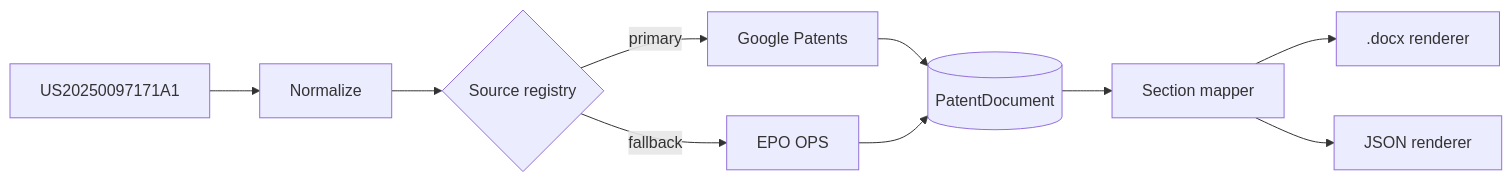
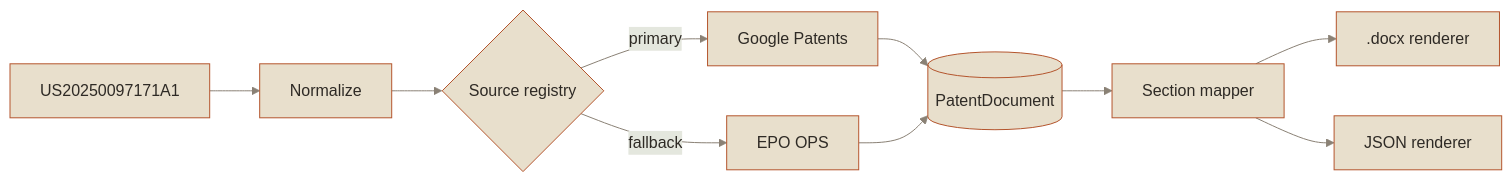
Before and after one commit to zunecs/zunecs: the first of 2 diagrams in README.md, drawn with Mermaid. The commit also changed other lines of this file, not shown here.

````diff
--- a/README.md
+++ b/README.md
@@ -42,12 +47,13 @@
 ```mermaid
+%%{init: {'theme':'base','themeVariables':{'background':'#F2EBDD','primaryColor':'#E8DFCC','primaryTextColor':'#2E2A25','primaryBorderColor':'#B4552D','lineColor':'#8A8175','secondaryColor':'#E4E7DE','tertiaryColor':'#F5EFE3','fontFamily':'Georgia, serif'}}}%%
 flowchart LR
     A["US20250097171A1"] --> B[Normalize]
     B --> C{Source registry}
     C -->|primary| D[Google Patents]
     C -->|fallback| E[EPO OPS]
     D --> F[(PatentDocument)]
     E --> F
     F --> G[Section mapper]
     G --> H[".docx renderer"]
     G --> I["JSON renderer"]
 ```
````
